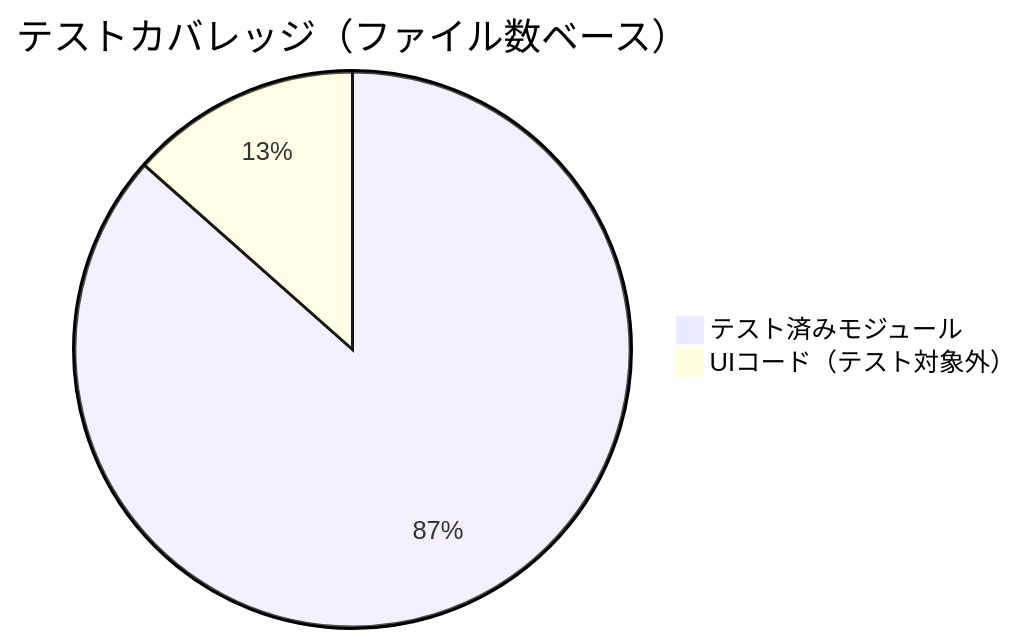
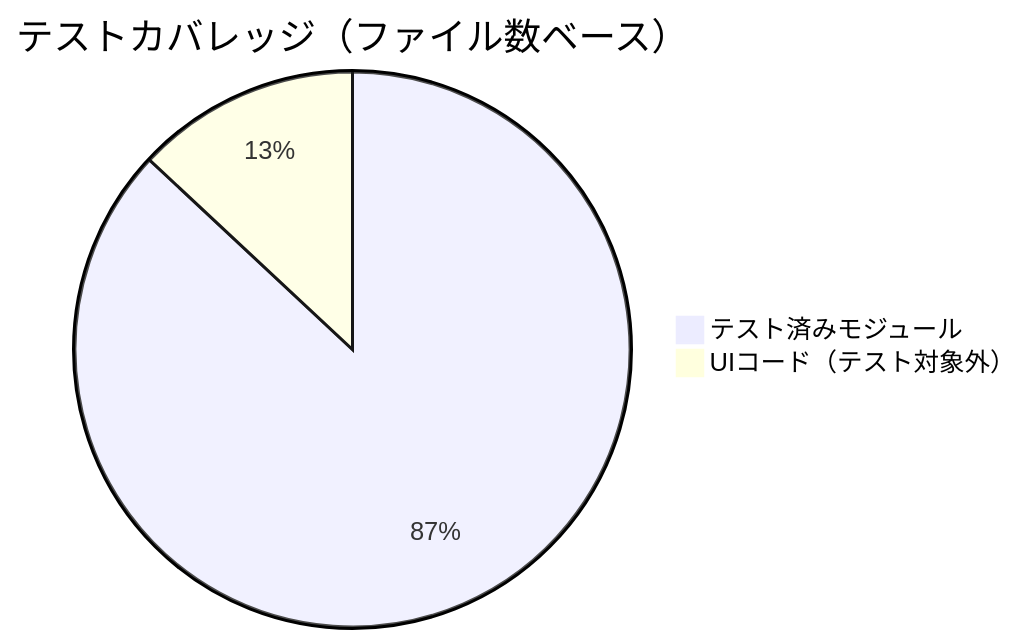
Before and after one commit to tanaton/mendo: diagram 21 of 27 in example/test.md, drawn with Mermaid. The commit also changed other lines of this file, not shown here.

````diff
--- a/example/test.md
+++ b/example/test.md
@@ -2449,5 +2412,5 @@
 ```mermaid
 pie title テストカバレッジ（ファイル数ベース）
-    "テスト済みモジュール" : 45
-    "UIコード（テスト対象外）" : 7
+    "テスト済みモジュール" : 60
+    "UIコード（テスト対象外）" : 9
 ```
````
